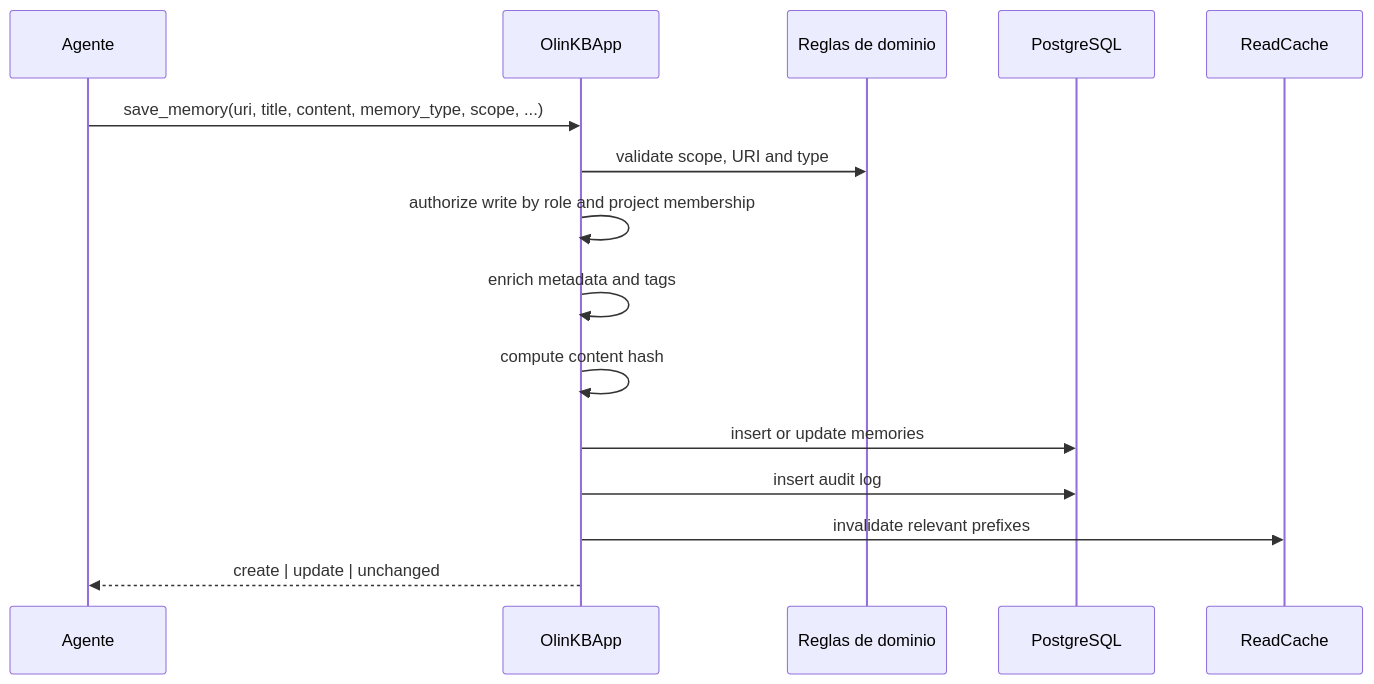
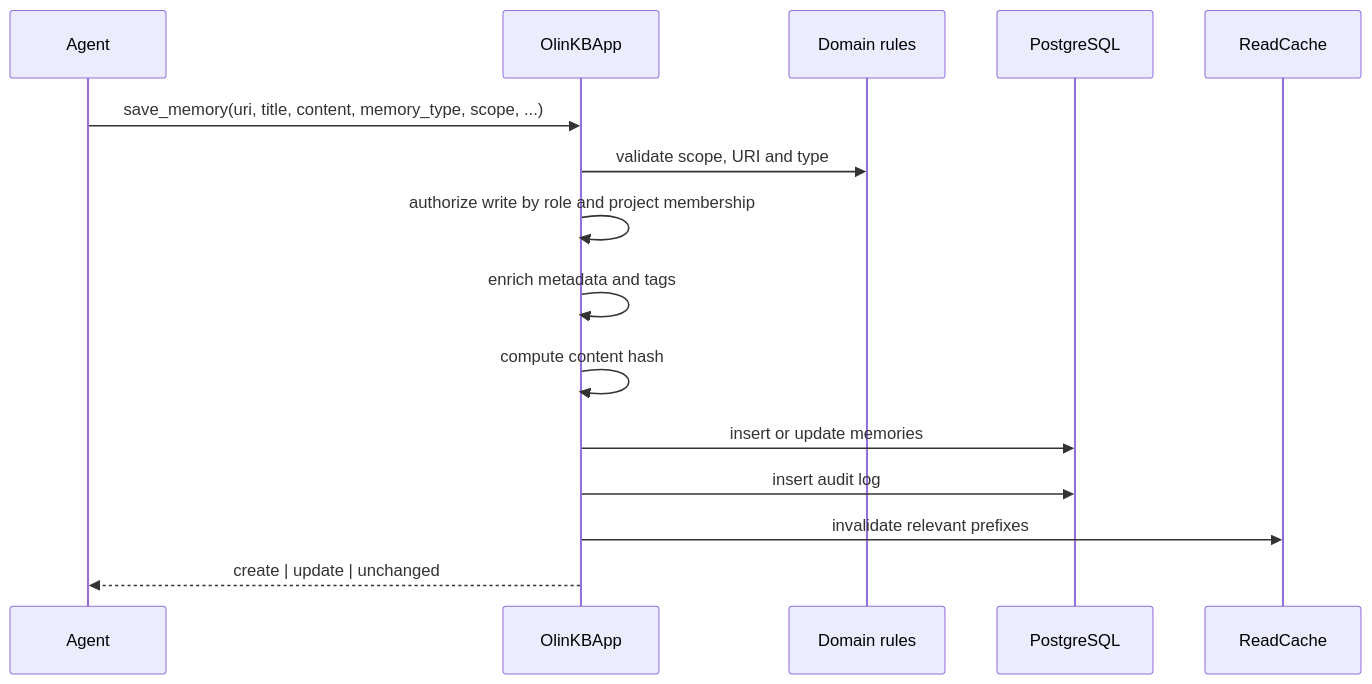
One commit to rzjulio/olinkb changed the eighth of 11 diagrams in docs/olinkb-funcionamiento-end-to-end.md. Above: the diagram before and after it, drawn with Mermaid. The commit also changed other lines of this file and 22 other files, not shown here.

````diff
--- a/docs/olinkb-funcionamiento-end-to-end.md
+++ b/docs/olinkb-funcionamiento-end-to-end.md
@@ -420,18 +420,18 @@
 ```mermaid
 sequenceDiagram
-    participant Agent as Agente
+    participant Agent as Agent
     participant App as OlinKBApp
-    participant Domain as Reglas de dominio
+    participant Domain as Domain rules
     participant PG as PostgreSQL
     participant Cache as ReadCache
 
     Agent->>App: save_memory(uri, title, content, memory_type, scope, ...)
     App->>Domain: validate scope, URI and type
     App->>App: authorize write by role and project membership
     App->>App: enrich metadata and tags
     App->>App: compute content hash
     App->>PG: insert or update memories
     App->>PG: insert audit log
     App->>Cache: invalidate relevant prefixes
     App-->>Agent: create | update | unchanged
 ```
````
